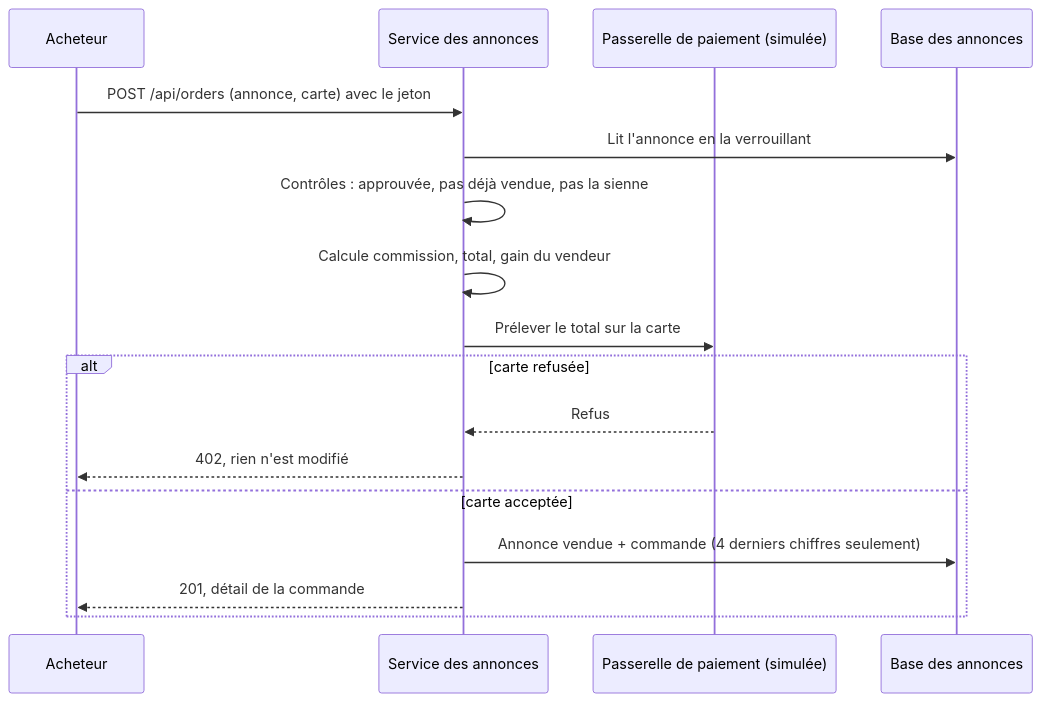
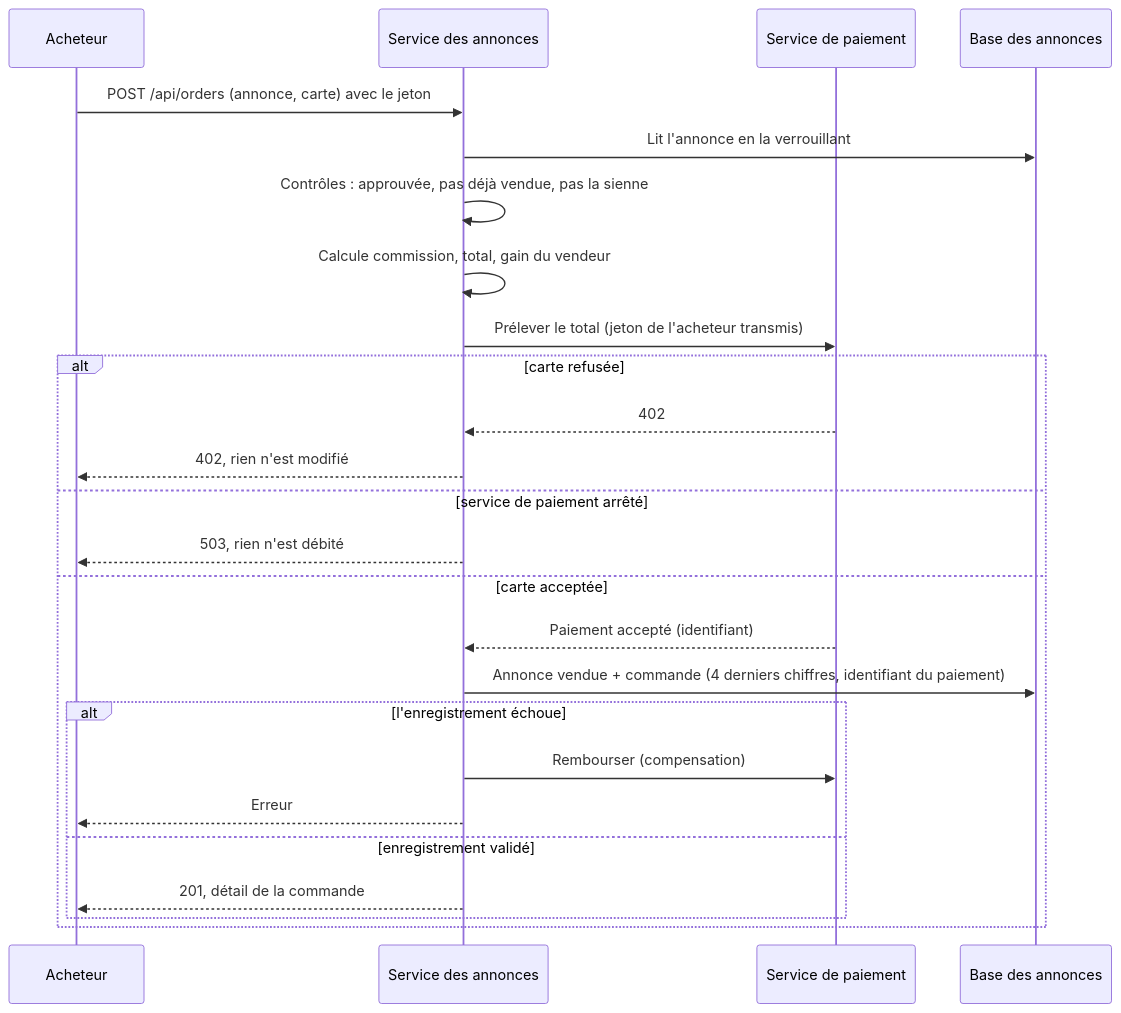
The seventh of 8 diagrams in docs/architecture.md (WALAAHAJJ/collector-indiv), drawn with Mermaid before and after one commit. The commit also changed other lines of this file and 6 other files, not shown here.

Commit message:
docs: le paiement devient un service à part

````diff
--- a/docs/architecture.md
+++ b/docs/architecture.md
@@ -142,19 +142,27 @@
 ```mermaid
 sequenceDiagram
     participant U as Acheteur
     participant A as Service des annonces
-    participant P as Passerelle de paiement (simulée)
+    participant P as Service de paiement
     participant B as Base des annonces
     U->>A: POST /api/orders (annonce, carte) avec le jeton
     A->>B: Lit l'annonce en la verrouillant
     A->>A: Contrôles : approuvée, pas déjà vendue, pas la sienne
     A->>A: Calcule commission, total, gain du vendeur
-    A->>P: Prélever le total sur la carte
+    A->>P: Prélever le total (jeton de l'acheteur transmis)
     alt carte refusée
-        P-->>A: Refus
+        P-->>A: 402
         A-->>U: 402, rien n'est modifié
+    else service de paiement arrêté
+        A-->>U: 503, rien n'est débité
     else carte acceptée
-        A->>B: Annonce vendue + commande (4 derniers chiffres seulement)
-        A-->>U: 201, détail de la commande
+        P-->>A: Paiement accepté (identifiant)
+        A->>B: Annonce vendue + commande (4 derniers chiffres, identifiant du paiement)
+        alt l'enregistrement échoue
+            A->>P: Rembourser (compensation)
+            A-->>U: Erreur
+        else enregistrement validé
+            A-->>U: 201, détail de la commande
+        end
     end
 ```
````
